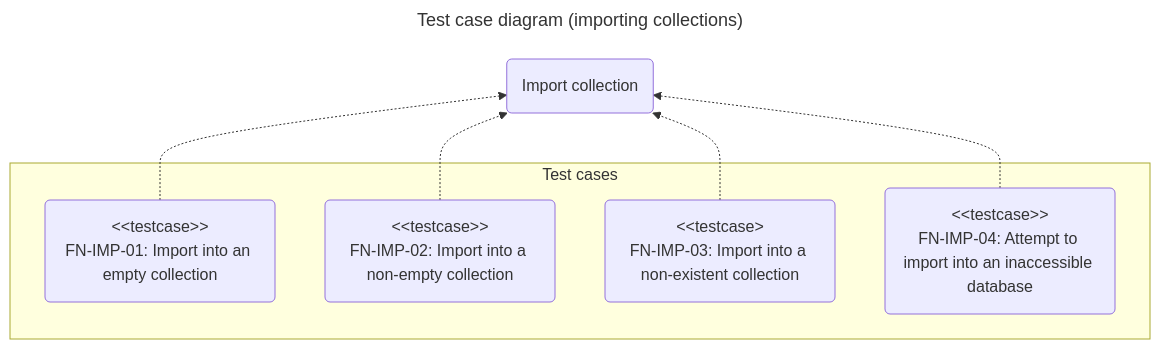
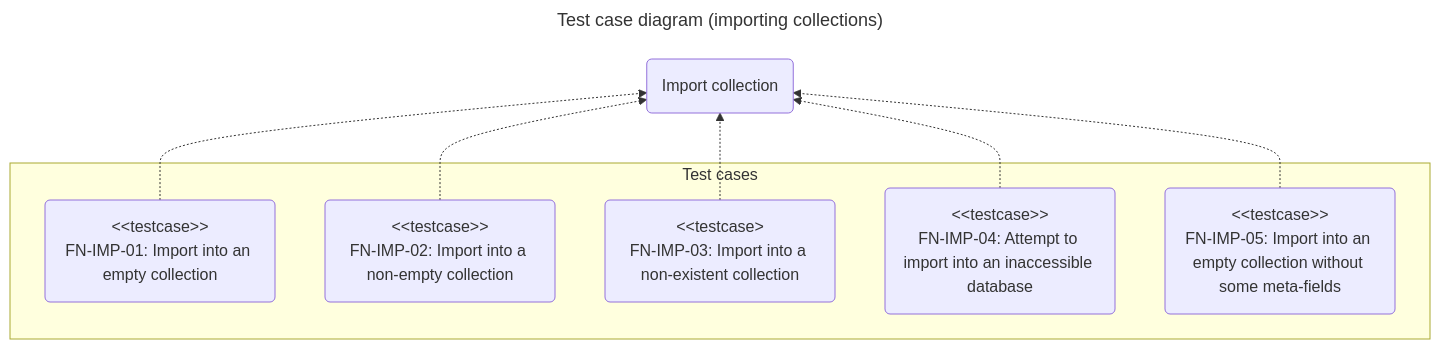
Before and after one commit to chromiodev/chromie-tool: the third of 8 diagrams in docs/spec/tests/functional.en.md, drawn with Mermaid. The commit also changed other lines of this file and 9 other files, not shown here.

Commit message:
feat: added the option to "chromie imp" for removing metafields (#27)

````diff
--- a/docs/spec/tests/functional.en.md
+++ b/docs/spec/tests/functional.en.md
@@ -226,22 +226,24 @@
 ```mermaid
 ---
 title: Test case diagram (importing collections)
 config:
 ---
 
 graph BT
   %% use cases
   importColl@{ shape: "rounded", label: "Import collection" }
 
   subgraph "Test cases"
     importIntoEmptyColl@{ shape: "rounded", label: "#lt;#lt;testcase>><br>FN-IMP-01: Import into an empty collection" }
     importIntoNonEmptyColl@{ shape: "rounded", label: "#lt;#lt;testcase>><br>FN-IMP-02: Import into a non-empty collection" }
     importIntoNonExistingColl@{ shape: "rounded", label: "#lt;#lt;testcase><br>FN-IMP-03: Import into a non-existent collection" }
     importIntoUnknownServer@{ shape: "rounded", label: "#lt;#lt;testcase>><br>FN-IMP-04: Attempt to import into an inaccessible database" }
+    importIntoEmptyCollRemovingMetafields@{ shape: "rounded", label: "#lt;#lt;testcase>><br>FN-IMP-05: Import into an empty collection without some meta-fields" }
   end
 
   importIntoEmptyColl -.-> importColl
   importIntoNonEmptyColl -.-> importColl
   importIntoNonExistingColl -.-> importColl
   importIntoUnknownServer -.-> importColl
+  importIntoEmptyCollRemovingMetafields -.-> importColl
 ```
````
